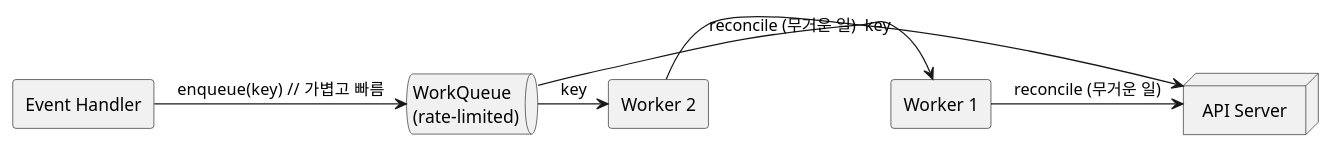
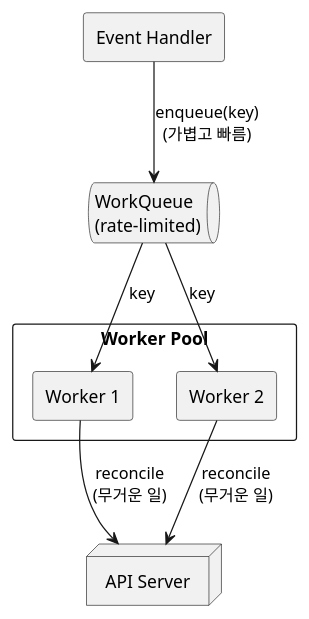
Before and after one commit to ycra-dev/ycra-dev.github.io: the third of 3 diagrams in src/content/docs/blog/informer-pitfalls.md, drawn with PlantUML. The commit also changed other lines of this file and 1 other file, not shown here.

````diff
--- a/src/content/docs/blog/informer-pitfalls.md
+++ b/src/content/docs/blog/informer-pitfalls.md
@@ -148,15 +148,18 @@
 ```plantuml
 skinparam componentStyle rectangle
+top to bottom direction
 
 component "Event Handler" as H
 queue "WorkQueue\n(rate-limited)" as Q
-component "Worker 1" as W1
-component "Worker 2" as W2
+rectangle "Worker Pool" {
+  component "Worker 1" as W1
+  component "Worker 2" as W2
+}
 node "API Server" as API
 
-H -> Q : enqueue(key)  // 가볍고 빠름
-Q -> W1 : key
-Q -> W2 : key
-W1 -> API : reconcile (무거운 일)
-W2 -> API : reconcile (무거운 일)
+H -down-> Q : enqueue(key)\n(가볍고 빠름)
+Q -down-> W1 : key
+Q -down-> W2 : key
+W1 -down-> API : reconcile\n(무거운 일)
+W2 -down-> API : reconcile\n(무거운 일)
 ```
````
